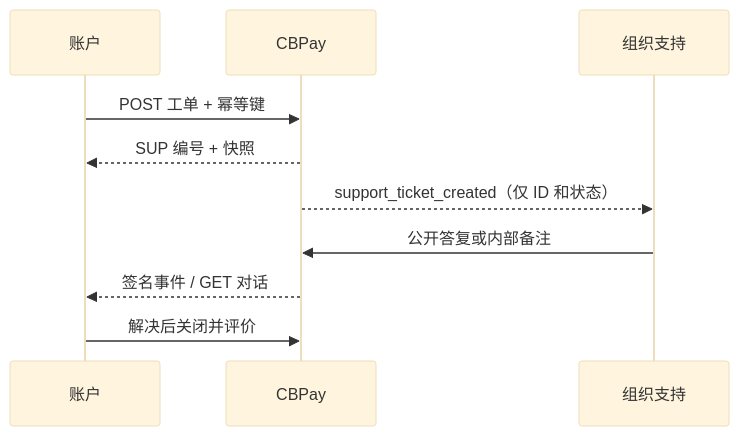
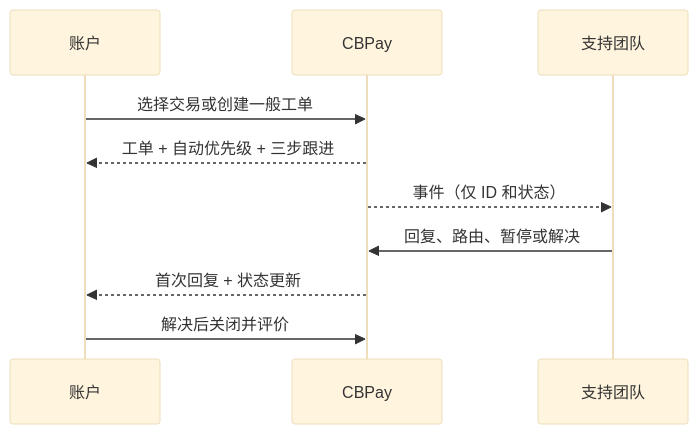
The diagram in mcp-pack/guides/zh/guides/support-tickets.md (CBpayapp/cbpay-docs), drawn with Mermaid (base theme) before and after one commit. The commit also changed other lines of this file and 26 other files, not shown here.

````diff
--- a/mcp-pack/guides/zh/guides/support-tickets.md
+++ b/mcp-pack/guides/zh/guides/support-tickets.md
@@ -10,12 +10,12 @@
 ```mermaid
 sequenceDiagram
   participant A as 账户
   participant C as CBPay
-  participant O as 组织支持
-  A->>C: POST 工单 + 幂等键
-  C-->>A: SUP 编号 + 快照
-  C-->>O: support_ticket_created（仅 ID 和状态）
-  O->>C: 公开答复或内部备注
-  C-->>A: 签名事件 / GET 对话
+  participant O as 支持团队
+  A->>C: 选择交易或创建一般工单
+  C-->>A: 工单 + 自动优先级 + 三步跟进
+  C-->>O: 事件（仅 ID 和状态）
+  O->>C: 回复、路由、暂停或解决
+  C-->>A: 首次回复 + 状态更新
   A->>C: 解决后关闭并评价
 ```
````
